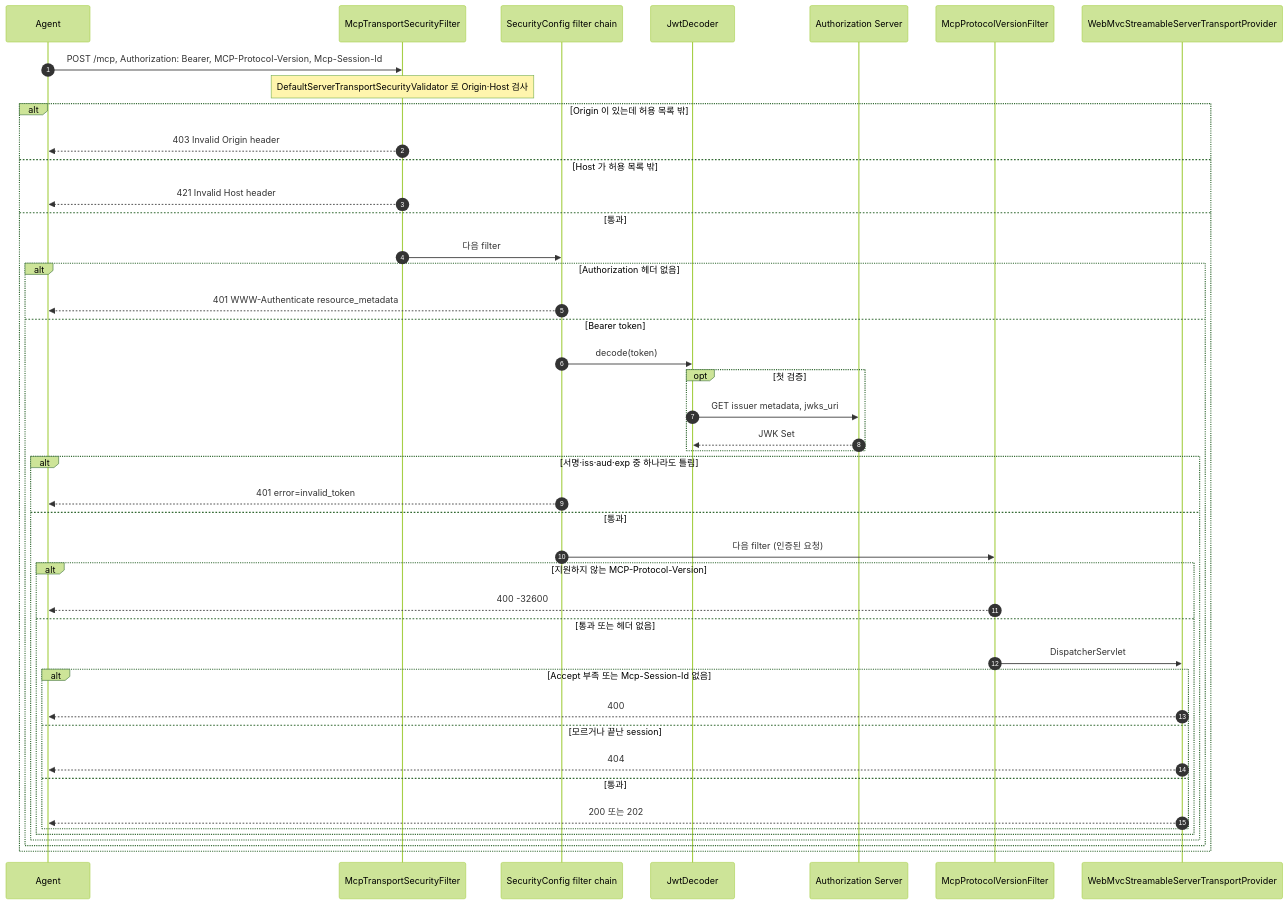
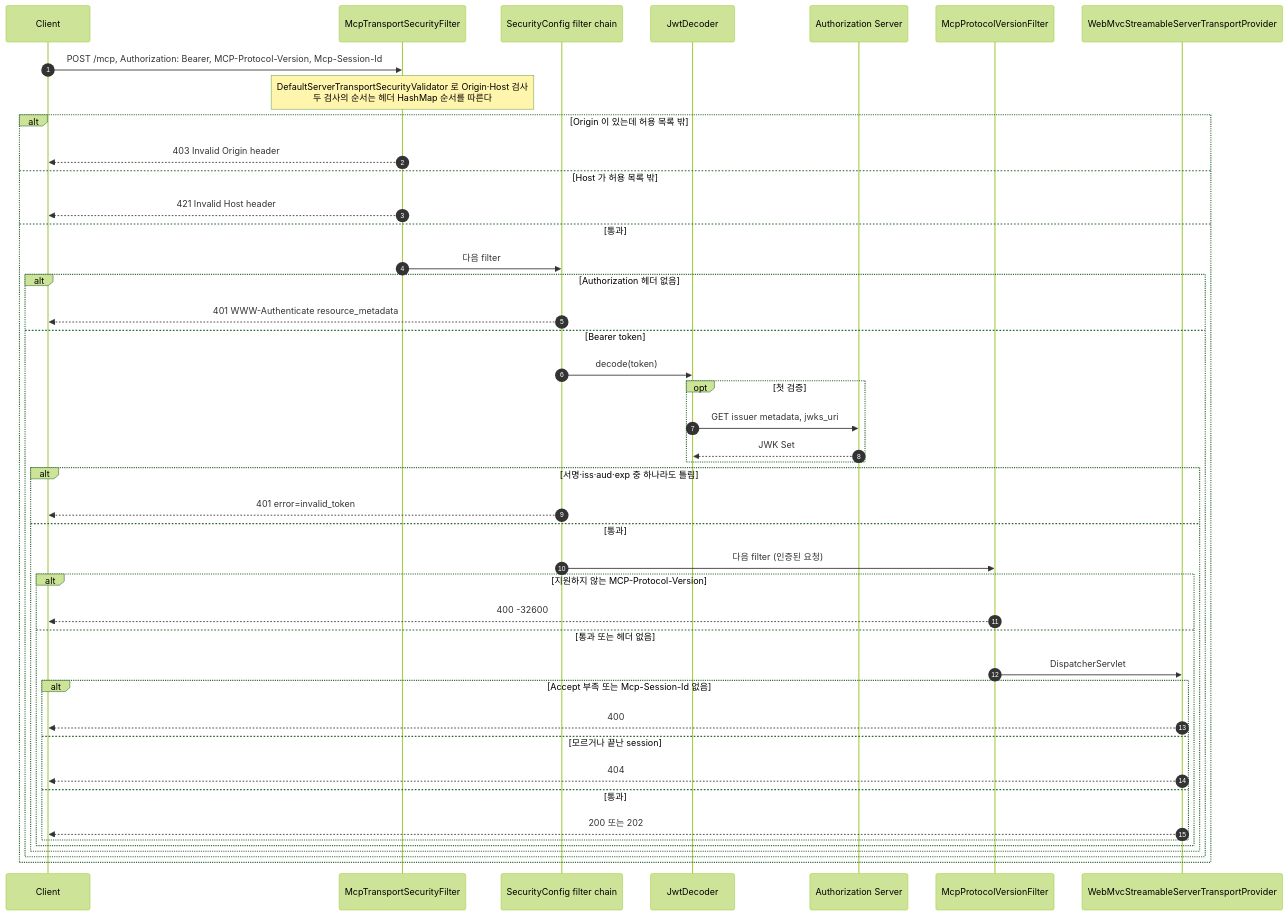
Before and after one commit to starryeye/spring-ai: the seventh of 8 diagrams in practice/mcp-security-authn-official/SEQUENCES.md, drawn with Mermaid (forest theme). The commit also changed other lines of this file and 1 other file, not shown here.

Commit message:
docs(official): PKCE 강제 출처, Origin·Host 순서, consent 조회는 모든 client

````diff
--- a/practice/mcp-security-authn-official/SEQUENCES.md
+++ b/practice/mcp-security-authn-official/SEQUENCES.md
@@ -329,46 +329,46 @@
 ```mermaid
 sequenceDiagram
     autonumber
-    participant C as Agent
+    participant C as Client
     participant TSF as McpTransportSecurityFilter
     participant S as SecurityConfig filter chain
     participant JD as JwtDecoder
     participant A as Authorization Server
     participant PVF as McpProtocolVersionFilter
     participant T as WebMvcStreamableServerTransportProvider
     C->>TSF: POST /mcp, Authorization: Bearer, MCP-Protocol-Version, Mcp-Session-Id
-    Note over TSF: DefaultServerTransportSecurityValidator 로 Origin·Host 검사
+    Note over TSF: DefaultServerTransportSecurityValidator 로 Origin·Host 검사<br/>두 검사의 순서는 헤더 HashMap 순서를 따른다
     alt Origin 이 있는데 허용 목록 밖
         TSF-->>C: 403 Invalid Origin header
     else Host 가 허용 목록 밖
         TSF-->>C: 421 Invalid Host header
     else 통과
         TSF->>S: 다음 filter
         alt Authorization 헤더 없음
             S-->>C: 401 WWW-Authenticate resource_metadata
         else Bearer token
             S->>JD: decode(token)
             opt 첫 검증
                 JD->>A: GET issuer metadata, jwks_uri
                 A-->>JD: JWK Set
             end
             alt 서명·iss·aud·exp 중 하나라도 틀림
                 S-->>C: 401 error=invalid_token
             else 통과
                 S->>PVF: 다음 filter (인증된 요청)
                 alt 지원하지 않는 MCP-Protocol-Version
                     PVF-->>C: 400 -32600
                 else 통과 또는 헤더 없음
                     PVF->>T: DispatcherServlet
                     alt Accept 부족 또는 Mcp-Session-Id 없음
                         T-->>C: 400
                     else 모르거나 끝난 session
                         T-->>C: 404
                     else 통과
                         T-->>C: 200 또는 202
                     end
                 end
             end
         end
     end
 ```
````
